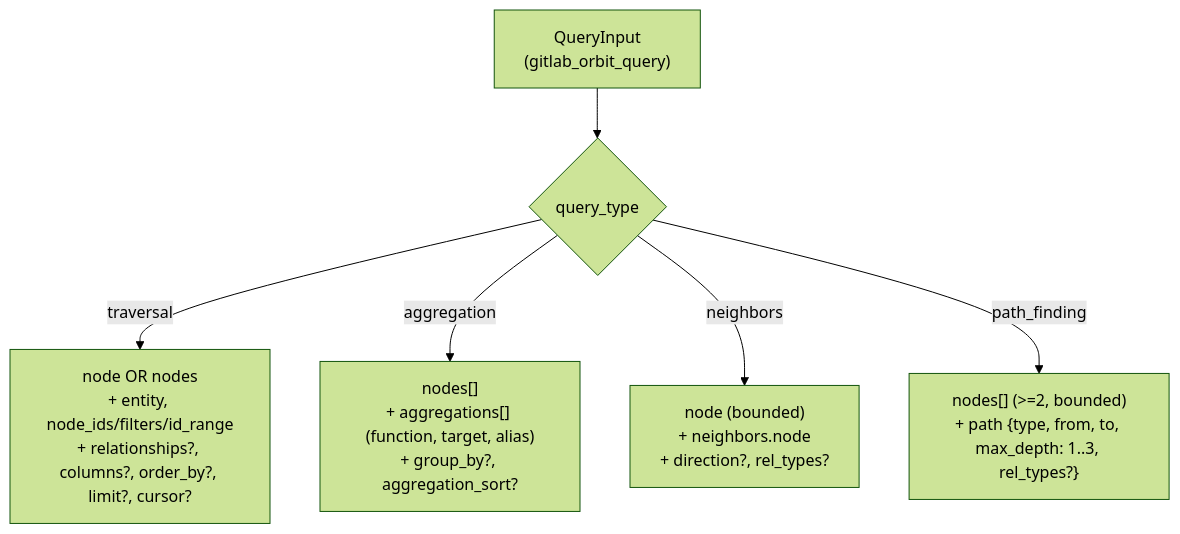
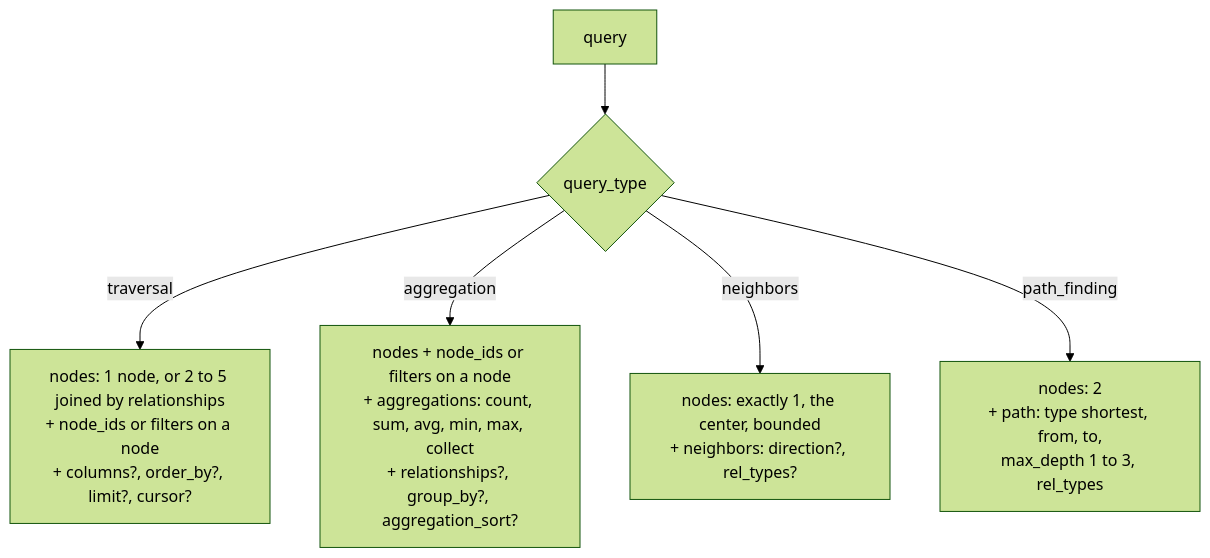
Before and after one commit to jmrplens/gitlab-mcp-server: the first of 2 diagrams in site/src/content/docs/tools/orbit.mdx, drawn with Mermaid (forest theme). The commit also changed other lines of this file and 39 other files, not shown here.

````diff
--- a/site/src/content/docs/tools/orbit.mdx
+++ b/site/src/content/docs/tools/orbit.mdx
@@ -68,8 +68,8 @@
 ```mermaid
 graph TD
-    Q["QueryInput<br/>(gitlab_orbit_query)"] --> QT{"query_type"}
-    QT -->|"traversal"| TR["node OR nodes<br/>+ entity, node_ids/filters/id_range<br/>+ relationships?, columns?, order_by?, limit?, cursor?"]
-    QT -->|"aggregation"| AG["nodes[]<br/>+ aggregations[] (function, target, alias)<br/>+ group_by?, aggregation_sort?"]
-    QT -->|"neighbors"| NB["node (bounded)<br/>+ neighbors.node<br/>+ direction?, rel_types?"]
-    QT -->|"path_finding"| PF["nodes[] (>=2, bounded)<br/>+ path {type, from, to, max_depth: 1..3, rel_types?}"]
+    Q["query"] --> QT{"query_type"}
+    QT -->|"traversal"| TR["nodes: 1 node, or 2 to 5 joined by relationships<br/>+ node_ids or filters on a node<br/>+ columns?, order_by?, limit?, cursor?"]
+    QT -->|"aggregation"| AG["nodes + node_ids or filters on a node<br/>+ aggregations: count, sum, avg, min, max, collect<br/>+ relationships?, group_by?, aggregation_sort?"]
+    QT -->|"neighbors"| NB["nodes: exactly 1, the center, bounded<br/>+ neighbors: direction?, rel_types?"]
+    QT -->|"path_finding"| PF["nodes: 2<br/>+ path: type shortest, from, to,<br/>max_depth 1 to 3, rel_types"]
 ```
````
